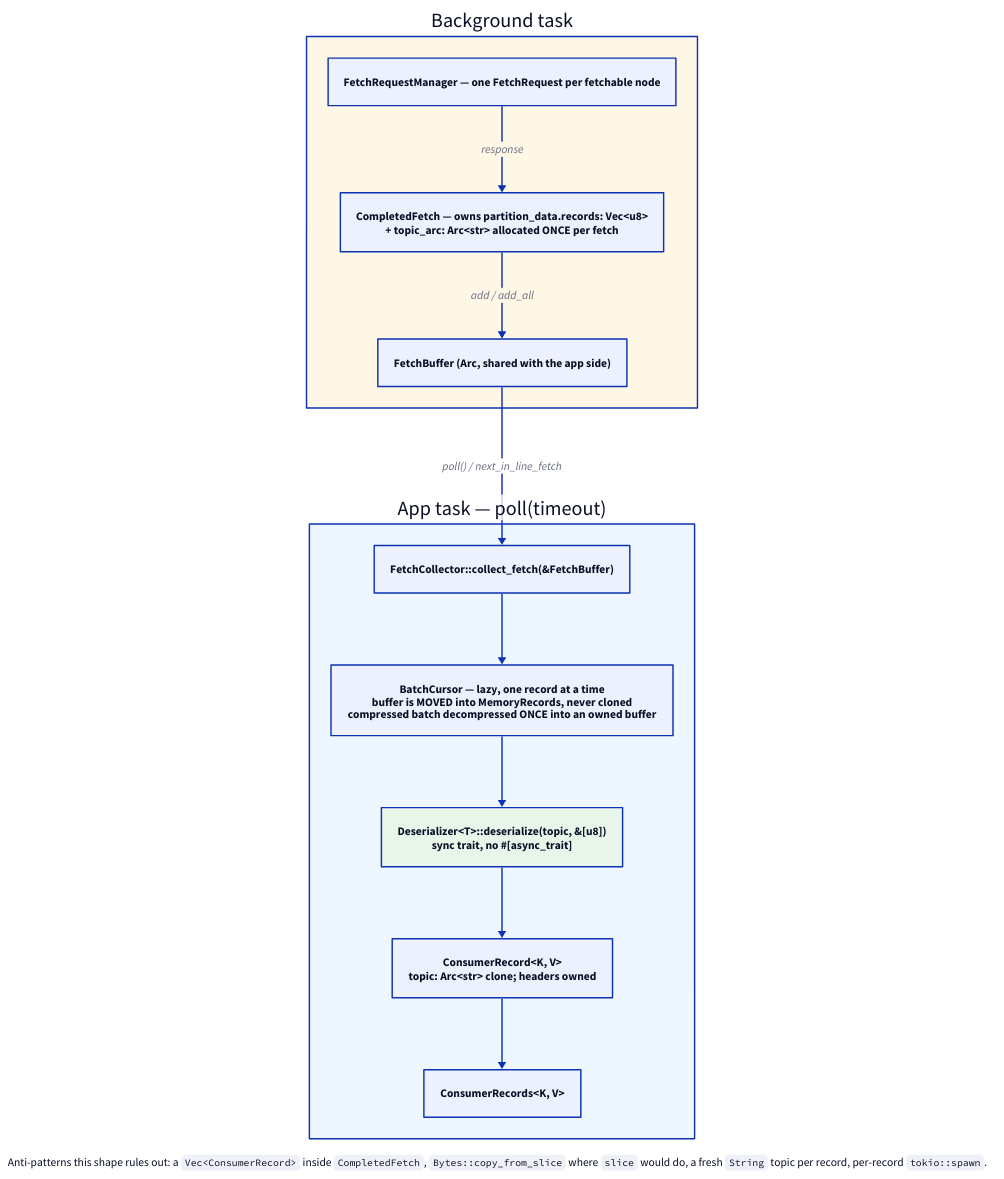
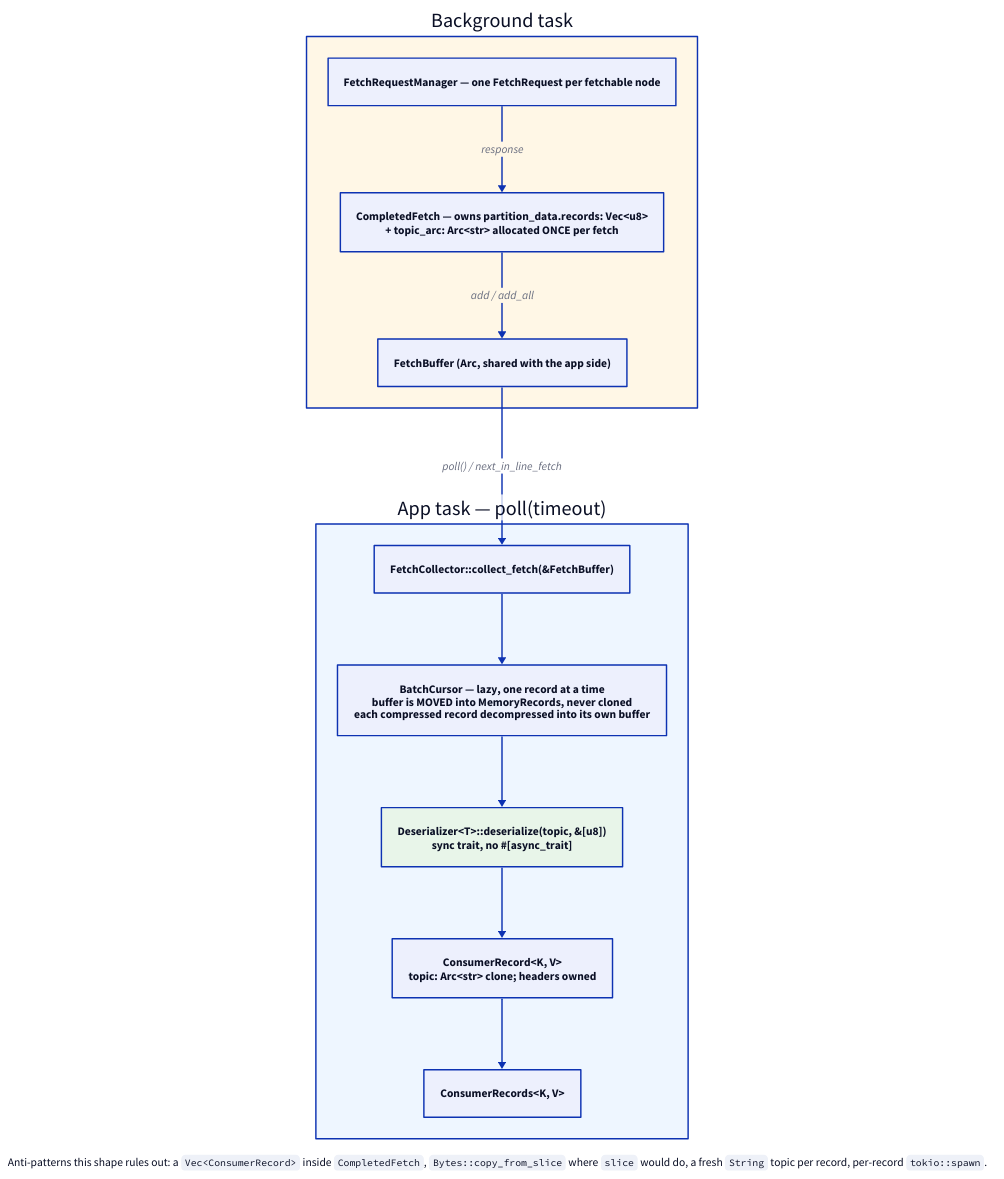
Before and after one commit to confluentinc/kafka-clients: the diagram in design/current/img/consumer-receive-path.d2, drawn with D2. The commit also changed 8 other files, not shown here.

```diff
--- a/design/current/img/consumer-receive-path.d2
+++ b/design/current/img/consumer-receive-path.d2
@@ -1,43 +1,43 @@
 # The consumer receive path, from FetchResponse bytes to ConsumerRecord.
 #
 # Source of truth for design/current/img/consumer-receive-path.svg.
 # Render with: make -C design/current d2
 #
 # The point of this diagram: the fetch payload is owned by exactly one
 # buffer and every downstream type borrows slices from it -- the only deep
 # copy per record is whatever the user's Deserializer does.
 
 direction: down
 
 bg: "Background task" {
   style.fill: "#fff7e6"
 
   frm: "FetchRequestManager — one FetchRequest per fetchable node"
   cf: "CompletedFetch — owns partition_data.records: Vec<u8>\n+ topic_arc: Arc<str> allocated ONCE per fetch"
   buf: "FetchBuffer (Arc, shared with the app side)"
 
   frm -> cf: "response"
   cf -> buf: "add / add_all"
 }
 
 app: "App task — poll(timeout)" {
   style.fill: "#eef6ff"
 
   fc: "FetchCollector::collect_fetch(&FetchBuffer)"
-  cursor: "BatchCursor — lazy, one record at a time\nbuffer is MOVED into MemoryRecords, never cloned\ncompressed batch decompressed ONCE into an owned buffer"
+  cursor: "BatchCursor — lazy, one record at a time\nbuffer is MOVED into MemoryRecords, never cloned\neach compressed record decompressed into its own buffer"
   des: "Deserializer<T>::deserialize(topic, &[u8])\nsync trait, no #[async_trait]" {
     style.fill: "#e8f5e9"
   }
   rec: "ConsumerRecord<K, V>\ntopic: Arc<str> clone; headers owned"
   recs: "ConsumerRecords<K, V>"
 
   fc -> cursor -> des -> rec -> recs
 }
 
 bg.buf -> app.fc: "poll() / next_in_line_fetch"
 
 note: |md
   Anti-patterns this shape rules out: a `Vec<ConsumerRecord>` inside
   `CompletedFetch`, `Bytes::copy_from_slice` where `slice` would do,
   a fresh `String` topic per record, per-record `tokio::spawn`.
 | {near: bottom-center}
```
